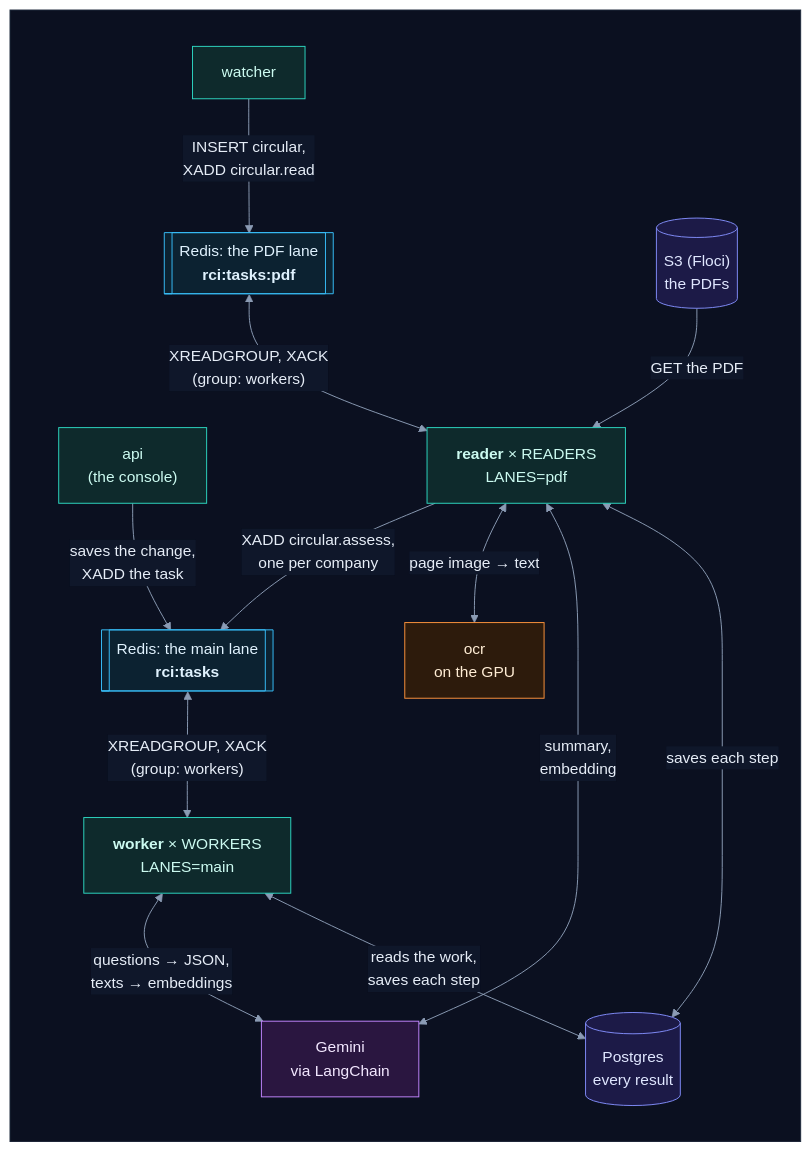
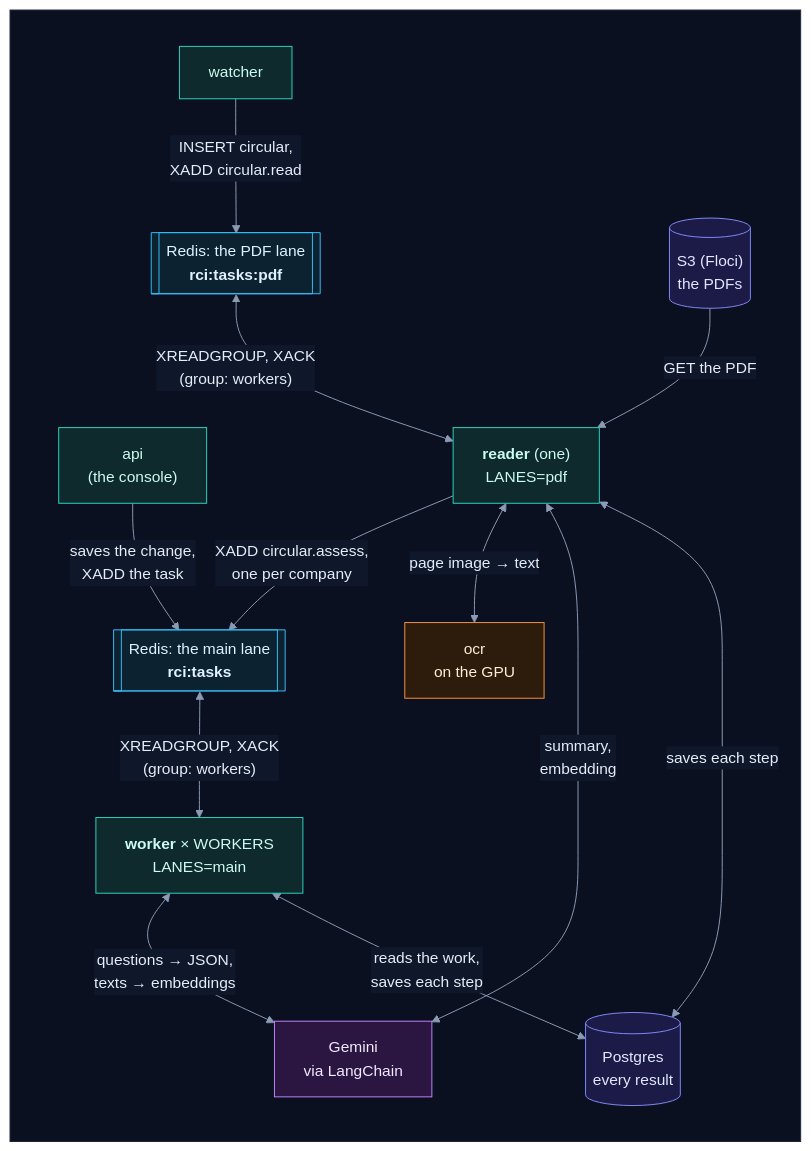
One commit to selvakumarperumal/Regulatory_Circular_Impact_Agent changed the first of 45 diagrams in backend/worker/INTERNALS.md. Above: the diagram before and after it, drawn with Mermaid. The commit also changed other lines of this file and 6 other files, not shown here.

Commit message:
Run exactly one reader so no PDF is read twice, and document the checks

````diff
--- a/backend/worker/INTERNALS.md
+++ b/backend/worker/INTERNALS.md
@@ -59,34 +60,34 @@
 ```mermaid
 %%{init: {"theme": "base", "flowchart": {"diagramPadding": 0}, "themeVariables": {"darkMode": true, "primaryColor": "#16213a", "primaryTextColor": "#e6edf7", "primaryBorderColor": "#475a7a", "lineColor": "#8b9bb4", "secondaryColor": "#1b2436", "tertiaryColor": "#101a2e", "edgeLabelBackground": "#0f172a", "textColor": "#e2e8f0", "clusterBkg": "#0f1728", "clusterBorder": "#2b3a55", "titleColor": "#c4b5fd", "nodeTextColor": "#e6edf7"}}}%%
 flowchart TD
     subgraph canvas[" "]
         direction TB
         watcher["watcher"] -->|"INSERT circular,<br/>XADD circular.read"| P[["Redis: the PDF lane<br/><b>rci:tasks:pdf</b>"]]
         api["api<br/>(the console)"] -->|"saves the change,<br/>XADD the task"| Q[["Redis: the main lane<br/><b>rci:tasks</b>"]]
-        P <-->|"XREADGROUP, XACK<br/>(group: workers)"| R["<b>reader</b> × READERS<br/>LANES=pdf"]
+        P <-->|"XREADGROUP, XACK<br/>(group: workers)"| R["<b>reader</b> (one)<br/>LANES=pdf"]
         Q <-->|"XREADGROUP, XACK<br/>(group: workers)"| K["<b>worker</b> × WORKERS<br/>LANES=main"]
         R -->|"XADD circular.assess,<br/>one per company"| Q
         S3[("S3 (Floci)<br/>the PDFs")] -->|"GET the PDF"| R
         R <-->|"page image → text"| O["ocr<br/>on the GPU"]
         R <-->|"summary,<br/>embedding"| G["Gemini<br/>via LangChain"]
         K <-->|"questions → JSON,<br/>texts → embeddings"| G
         R <-->|"saves each step"| PG[("Postgres<br/>every result")]
         K <-->|"reads the work,<br/>saves each step"| PG
     end
     classDef svc fill:#0e2a2c,stroke:#2dd4bf,color:#ccfbf1
     classDef data fill:#1c1a47,stroke:#818cf8,color:#e0e7ff
     classDef ext fill:#2a1640,stroke:#c084fc,color:#f3e8ff
     classDef gpu fill:#2d1b0c,stroke:#fb923c,color:#ffedd5
     classDef ask fill:#2a2410,stroke:#fbbf24,color:#fef3c7
     classDef ok fill:#0b2a1c,stroke:#34d399,color:#d1fae5
     classDef bad fill:#2e0f17,stroke:#fb7185,color:#ffe4e6
     classDef start fill:#1c2a0e,stroke:#a7ef6f,color:#ecfccb
     classDef muted fill:#1a2130,stroke:#64748b,color:#cbd5e1
     classDef queue fill:#0c2231,stroke:#38bdf8,color:#e0f2fe
     class watcher,api,R,K svc
     class P,Q queue
     class PG,S3 data
     class O gpu
     class G ext
     style canvas fill:#0b1020,stroke:#1e293b,color:#0b1020
 ```
````
